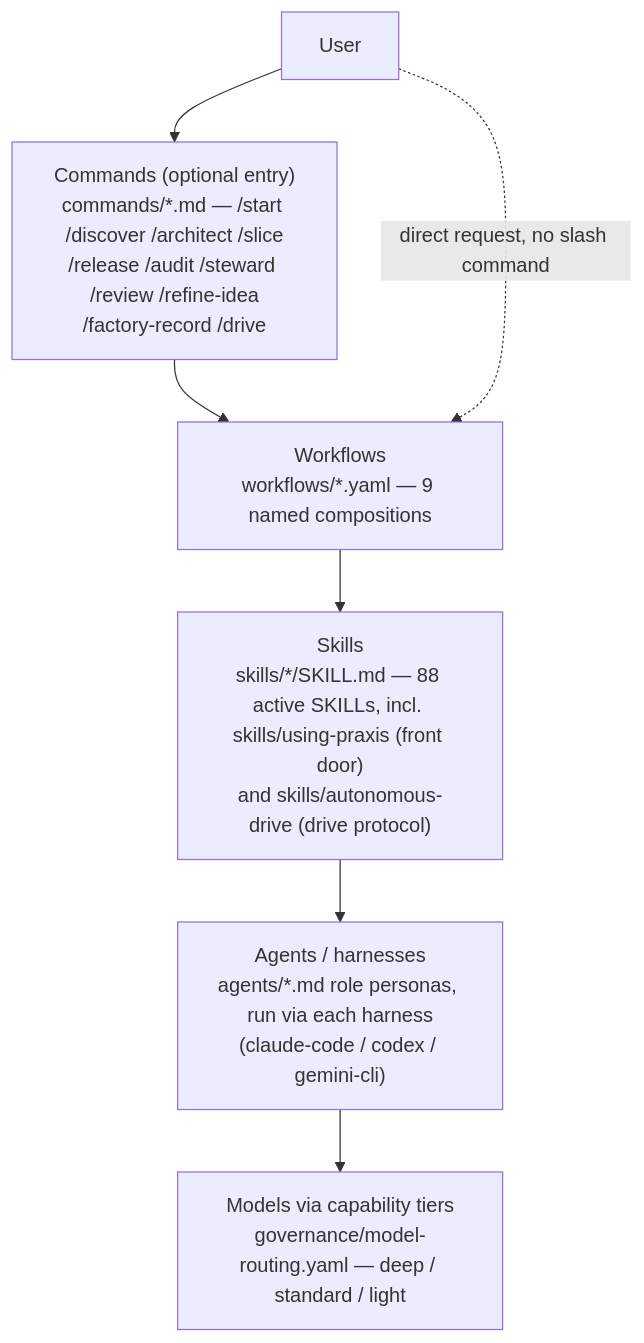
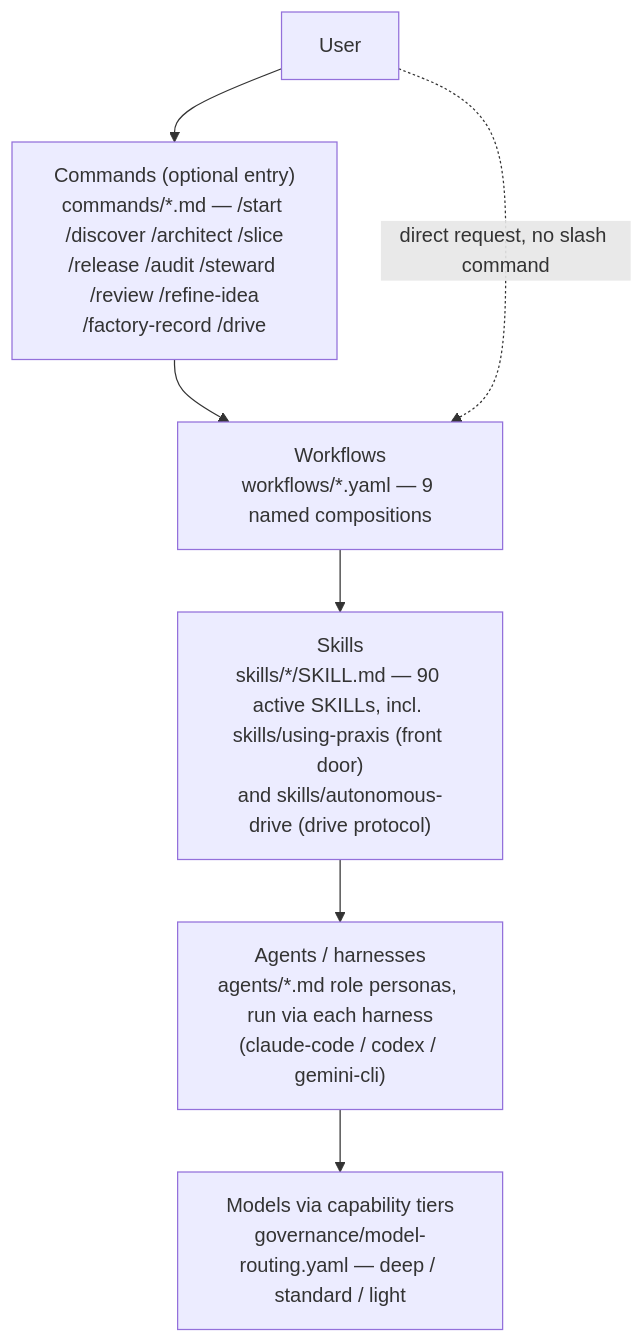
The second of 4 diagrams in docs/operating-model.md (jeet129/praxis), drawn with Mermaid before and after one commit. The commit also changed 48 other files, not shown here.

````diff
--- a/docs/operating-model.md
+++ b/docs/operating-model.md
@@ -62,16 +62,16 @@
 ```mermaid
 flowchart TD
     USER["User"]
     CMD["Commands (optional entry)<br/>commands/*.md — /start /discover /architect /slice<br/>/release /audit /steward /review /refine-idea<br/>/factory-record /drive"]
     WFL["Workflows<br/>workflows/*.yaml — 9 named compositions"]
-    SKL["Skills<br/>skills/*/SKILL.md — 88 active SKILLs, incl. skills/using-praxis (front door)<br/>and skills/autonomous-drive (drive protocol)"]
+    SKL["Skills<br/>skills/*/SKILL.md — 90 active SKILLs, incl. skills/using-praxis (front door)<br/>and skills/autonomous-drive (drive protocol)"]
     AGH["Agents / harnesses<br/>agents/*.md role personas, run via each harness<br/>(claude-code / codex / gemini-cli)"]
     MOD["Models via capability tiers<br/>governance/model-routing.yaml — deep / standard / light"]
 
     USER --> CMD
     CMD --> WFL
     USER -.->|direct request, no slash command| WFL
     WFL --> SKL
     SKL --> AGH
     AGH --> MOD
 ```
````
